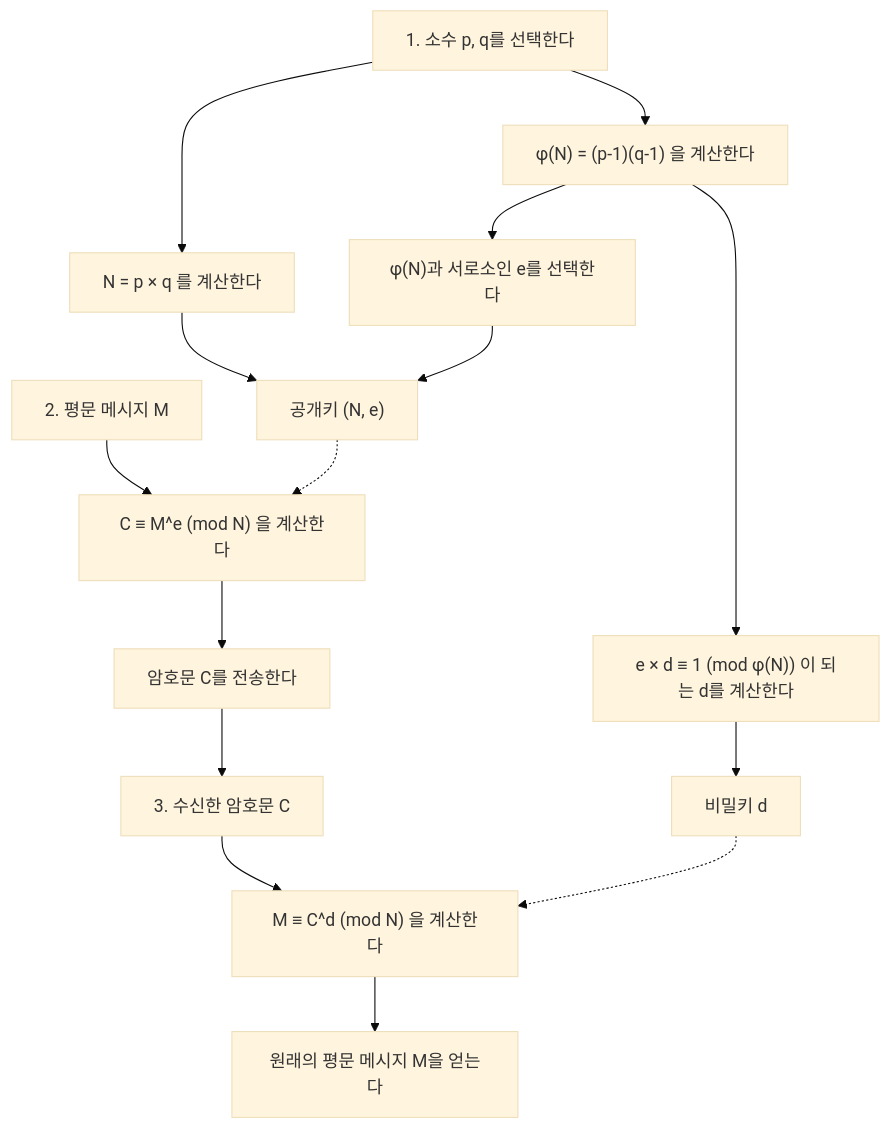
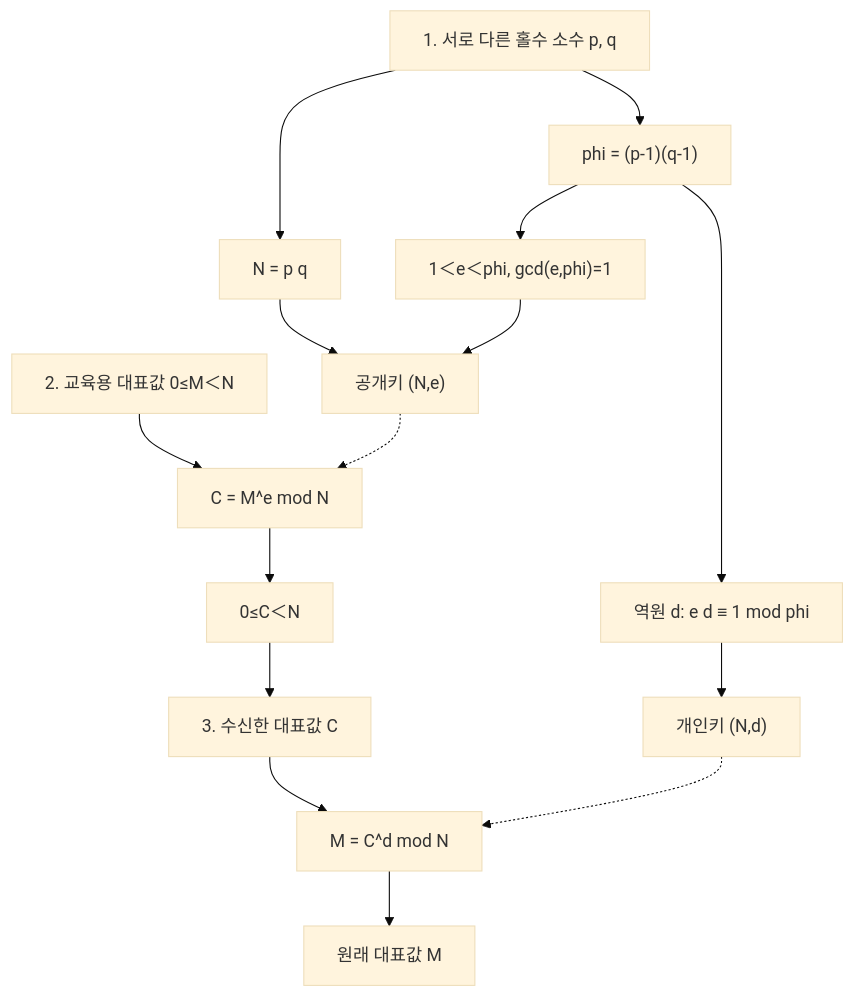
The second of 3 diagrams in content/post/rsa暗号の仕組みを高校生でもわかるように説明する/index.ko.md (kenjinote/blog), drawn with Mermaid (base theme) before and after one commit. The commit also changed other lines of this file and 5 other files, not shown here.

````diff
--- a/content/post/rsa暗号の仕組みを高校生でもわかるように説明する/index.ko.md
+++ b/content/post/rsa暗号の仕組みを高校生でもわかるように説明する/index.ko.md
@@ -165,19 +103,17 @@
 ```mermaid
 flowchart TD
-    A1["1. 소수 p, q를 선택한다"] --> A2["N = p × q 를 계산한다"]
-    A1 --> A3["φ(N) = (p-1)(q-1) 을 계산한다"]
-    A3 --> A4["φ(N)과 서로소인 e를 선택한다"]
-    A3 --> A5["e × d ≡ 1 (mod φ(N)) 이 되는 d를 계산한다"]
-    A2 --> A6["공개키 (N, e)"]
+    A1["1. 서로 다른 홀수 소수 p, q"] --> A2["N = p q"]
+    A1 --> A3["phi = (p-1)(q-1)"]
+    A3 --> A4["1＜e＜phi, gcd(e,phi)=1"]
+    A3 --> A5["역원 d: e d ≡ 1 mod phi"]
+    A2 --> A6["공개키 (N,e)"]
     A4 --> A6
-    A5 --> A7["비밀키 d"]
-    
-    B1["2. 평문 메시지 M"] --> B2["C ≡ M^e (mod N) 을 계산한다"]
+    A5 --> A7["개인키 (N,d)"]
+    B1["2. 교육용 대표값 0≤M＜N"] --> B2["C = M^e mod N"]
     A6 -.-> B2
-    B2 --> B3["암호문 C를 전송한다"]
-    
-    B3 --> C1["3. 수신한 암호문 C"]
-    C1 --> C2["M ≡ C^d (mod N) 을 계산한다"]
+    B2 --> B3["0≤C＜N"]
+    B3 --> C1["3. 수신한 대표값 C"]
+    C1 --> C2["M = C^d mod N"]
     A7 -.-> C2
-    C2 --> C3["원래의 평문 메시지 M을 얻는다"]
+    C2 --> C3["원래 대표값 M"]
 ```
````
